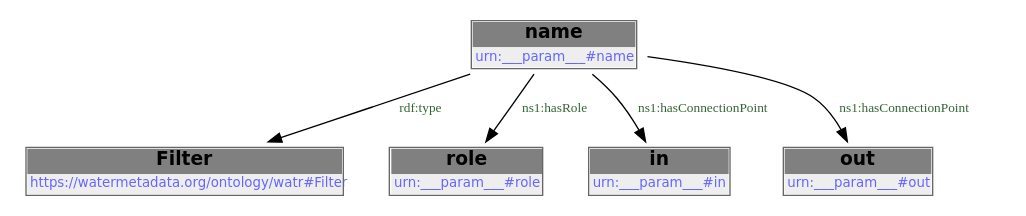
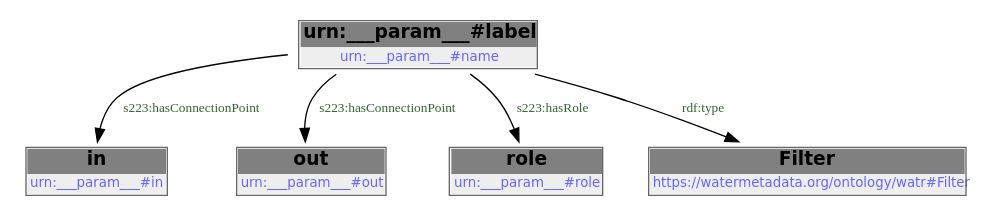
Before and after one commit to DataDrivenCPS/water-ontology: the diagram in docs/libraries/templates/filter.rst, drawn with Graphviz. The commit also changed other lines of this file and 83 other files, not shown here.

```diff
--- a/docs/libraries/templates/filter.rst
+++ b/docs/libraries/templates/filter.rst
@@ -78,14 +78,19 @@
-        .. graphviz::
+.. graphviz::
 
-                digraph G {
-            node [fontname="DejaVu Sans"];
-            node0 -> node1 [color=BLACK, label=< <font point-size='10' color='#336633'>rdf:type</font> >];
-            node0 -> node2 [color=BLACK, label=< <font point-size='10' color='#336633'>ns1:hasRole</font> >];
-            node0 -> node3 [color=BLACK, label=< <font point-size='10' color='#336633'>ns1:hasConnectionPoint</font> >];
-            node0 -> node4 [color=BLACK, label=< <font point-size='10' color='#336633'>ns1:hasConnectionPoint</font> >];
-            node0 [shape=none, color=black, label=< <table color='#666666' cellborder='0' cellspacing='0' border='1'><tr><td colspan='2' bgcolor='grey'><B>name</B></td></tr><tr><td href='urn:___param___#name' bgcolor='#eeeeee' colspan='2'><font point-size='10' color='#6666ff'>urn:___param___#name</font></td></tr></table> >];
-            node1 [shape=none, color=black, label=< <table color='#666666' cellborder='0' cellspacing='0' border='1'><tr><td colspan='2' bgcolor='grey'><B>Filter</B></td></tr><tr><td href='https://watermetadata.org/ontology/watr#Filter' bgcolor='#eeeeee' colspan='2'><font point-size='10' color='#6666ff'>https://watermetadata.org/ontology/watr#Filter</font></td></tr></table> >];
-            node2 [shape=none, color=black, label=< <table color='#666666' cellborder='0' cellspacing='0' border='1'><tr><td colspan='2' bgcolor='grey'><B>role</B></td></tr><tr><td href='urn:___param___#role' bgcolor='#eeeeee' colspan='2'><font point-size='10' color='#6666ff'>urn:___param___#role</font></td></tr></table> >];
-            node3 [shape=none, color=black, label=< <table color='#666666' cellborder='0' cellspacing='0' border='1'><tr><td colspan='2' bgcolor='grey'><B>in</B></td></tr><tr><td href='urn:___param___#in' bgcolor='#eeeeee' colspan='2'><font point-size='10' color='#6666ff'>urn:___param___#in</font></td></tr></table> >];
-            node4 [shape=none, color=black, label=< <table color='#666666' cellborder='0' cellspacing='0' border='1'><tr><td colspan='2' bgcolor='grey'><B>out</B></td></tr><tr><td href='urn:___param___#out' bgcolor='#eeeeee' colspan='2'><font point-size='10' color='#6666ff'>urn:___param___#out</font></td></tr></table> >];
-            }
+    digraph {
+     node [ fontname="DejaVu Sans" ] ;
+        node0 -> node1 [ color=BLACK, label=< <font point-size='10' color='#336633'>s223:hasConnectionPoint</font> > ] ;
+        node0 -> node2 [ color=BLACK, label=< <font point-size='10' color='#336633'>s223:hasConnectionPoint</font> > ] ;
+        node0 -> node3 [ color=BLACK, label=< <font point-size='10' color='#336633'>s223:hasRole</font> > ] ;
+        node0 -> node4 [ color=BLACK, label=< <font point-size='10' color='#336633'>rdf:type</font> > ] ;
+    # urn:___param___#name node0
+    node0 [ shape=none, color=black label=< <table color='#666666' cellborder='0' cellspacing='0' border='1'><tr><td colspan='2' bgcolor='grey'><B>urn:___param___#label</B></td></tr><tr><td href='urn:___param___#name' bgcolor='#eeeeee' colspan='2'><font point-size='10' color='#6666ff'>urn:___param___#name</font></td></tr></table> > ]
+    # urn:___param___#in node1
+    node1 [ shape=none, color=black label=< <table color='#666666' cellborder='0' cellspacing='0' border='1'><tr><td colspan='2' bgcolor='grey'><B>in</B></td></tr><tr><td href='urn:___param___#in' bgcolor='#eeeeee' colspan='2'><font point-size='10' color='#6666ff'>urn:___param___#in</font></td></tr></table> > ]
+    # urn:___param___#out node2
+    node2 [ shape=none, color=black label=< <table color='#666666' cellborder='0' cellspacing='0' border='1'><tr><td colspan='2' bgcolor='grey'><B>out</B></td></tr><tr><td href='urn:___param___#out' bgcolor='#eeeeee' colspan='2'><font point-size='10' color='#6666ff'>urn:___param___#out</font></td></tr></table> > ]
+    # urn:___param___#role node3
+    node3 [ shape=none, color=black label=< <table color='#666666' cellborder='0' cellspacing='0' border='1'><tr><td colspan='2' bgcolor='grey'><B>role</B></td></tr><tr><td href='urn:___param___#role' bgcolor='#eeeeee' colspan='2'><font point-size='10' color='#6666ff'>urn:___param___#role</font></td></tr></table> > ]
+    # https://watermetadata.org/ontology/watr#Filter node4
+    node4 [ shape=none, color=black label=< <table color='#666666' cellborder='0' cellspacing='0' border='1'><tr><td colspan='2' bgcolor='grey'><B>Filter</B></td></tr><tr><td href='https://watermetadata.org/ontology/watr#Filter' bgcolor='#eeeeee' colspan='2'><font point-size='10' color='#6666ff'>https://watermetadata.org/ontology/watr#Filter</font></td></tr></table> > ]
+    }
```
